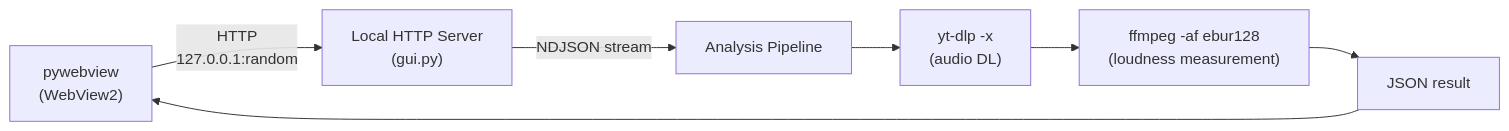
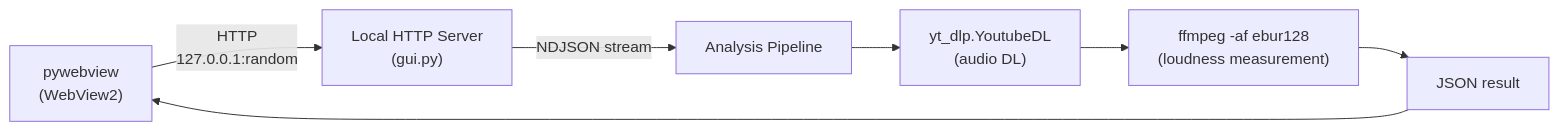
Before and after one commit to semnil/analyze-loudness: the diagram in README.md, drawn with Mermaid. The commit also changed other lines of this file and 3 other files, not shown here.

First line of the commit message:
docs: architecture / security-audit / CLAUDE / README を更新

````diff
--- a/README.md
+++ b/README.md
@@ -17,9 +17,9 @@
 ```mermaid
 graph LR
     A["pywebview<br/>(WebView2)"] -->|"HTTP<br/>127.0.0.1:random"| B["Local HTTP Server<br/>(gui.py)"]
     B -->|"NDJSON stream"| C["Analysis Pipeline"]
-    C --> D["yt-dlp -x<br/>(audio DL)"]
+    C --> D["yt_dlp.YoutubeDL<br/>(audio DL)"]
     D --> E["ffmpeg -af ebur128<br/>(loudness measurement)"]
     E --> F["JSON result"]
     F --> A
 ```
````
